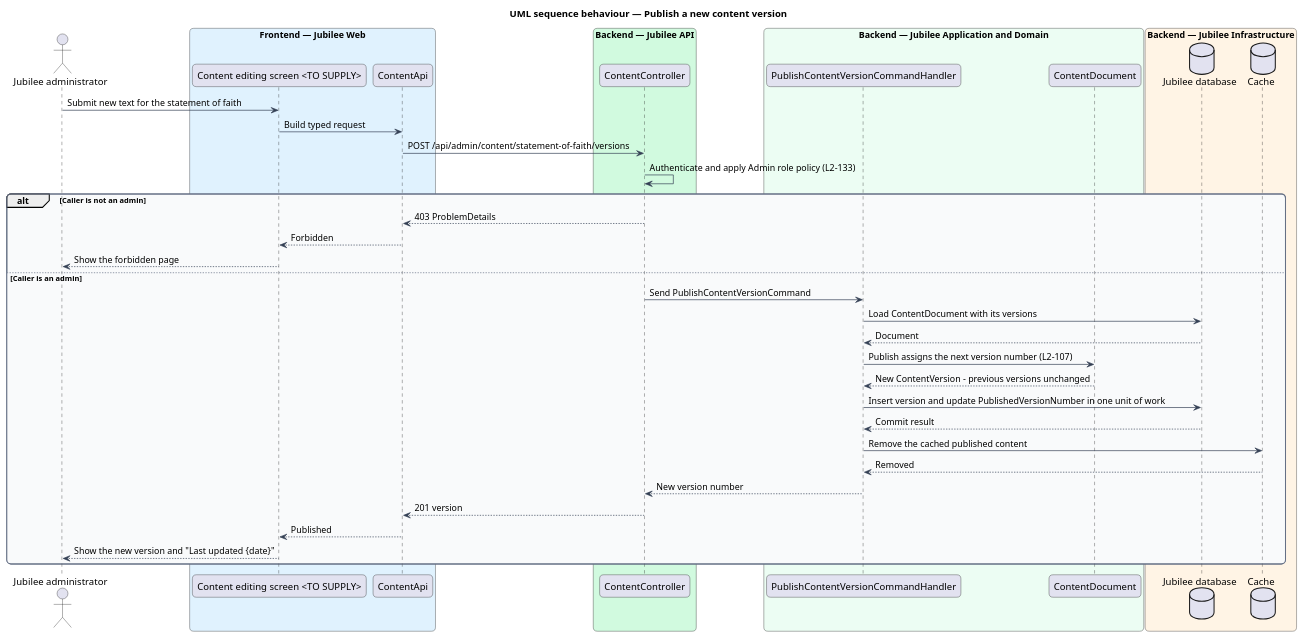
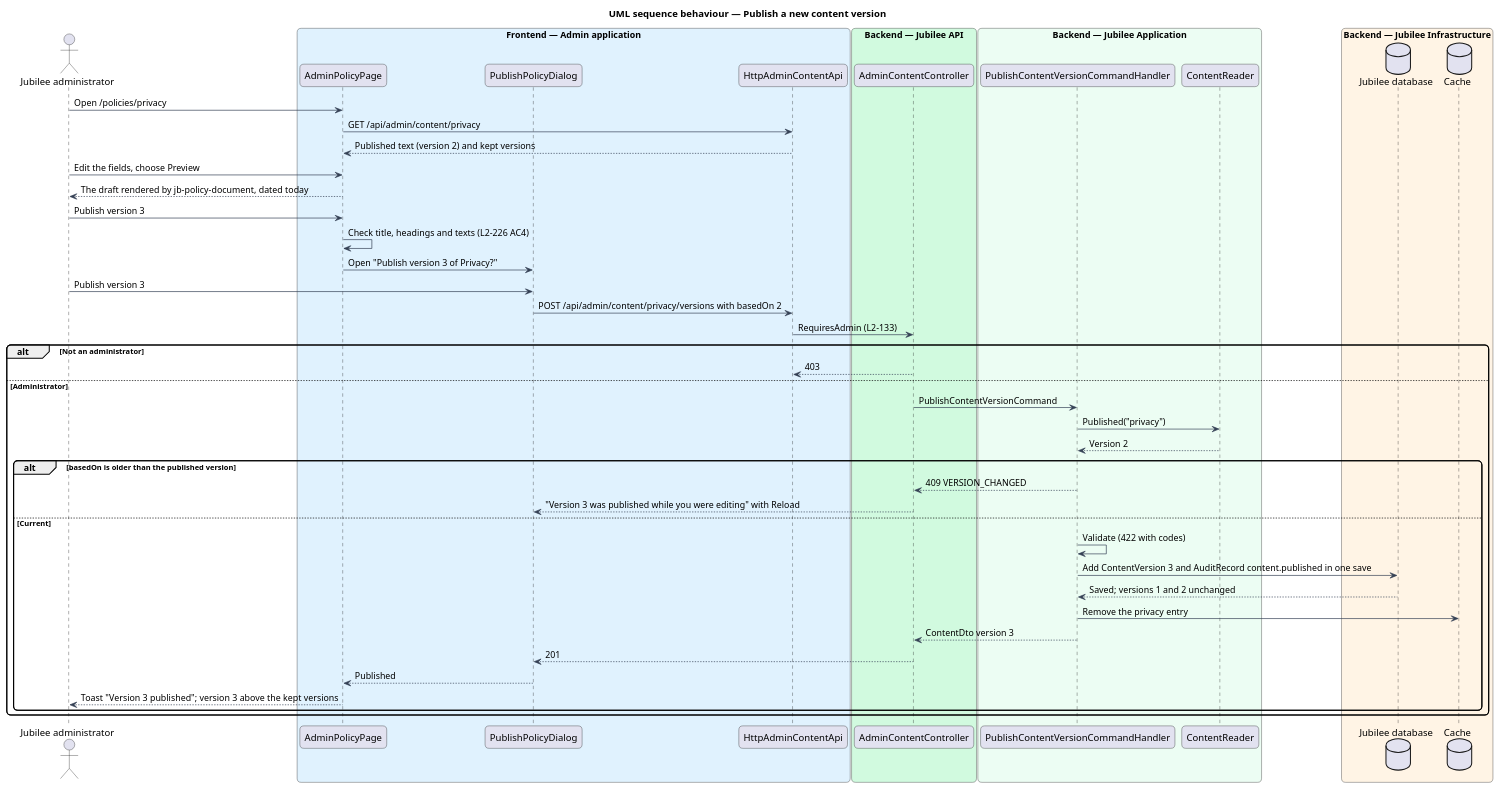
One commit to QuinntyneBrown/jubilee changed the diagram in docs/detailed-designs/trust-content/publish-policy-pages/diagrams/sequence-publish-version.puml. Above: the diagram before and after it, drawn with PlantUML. The commit also changed 18 other files, not shown here.

Commit message:
Journey 22: L2-226 (publish a policy version), ADR 0066 and the design as built

```diff
--- a/docs/detailed-designs/trust-content/publish-policy-pages/diagrams/sequence-publish-version.puml
+++ b/docs/detailed-designs/trust-content/publish-policy-pages/diagrams/sequence-publish-version.puml
@@ -1,56 +1,56 @@
 @startuml
 title UML sequence behaviour — Publish a new content version
 skinparam backgroundColor #FFFFFF
 skinparam shadowing false
 skinparam roundcorner 12
 skinparam defaultFontName Arial
 skinparam ArrowColor #344054
-skinparam rectangle {
-  BorderColor #344054
-  FontColor #101828
-}
-skinparam package {
-  BorderColor #667085
-  FontColor #101828
-  BackgroundColor #F9FAFB
-}
 actor "Jubilee administrator" as actor
-box "Frontend — Jubilee Web" #E0F2FE
-  participant "Content editing screen <TO SUPPLY>" as page
-  participant "ContentApi" as client
+box "Frontend — Admin application" #E0F2FE
+  participant "AdminPolicyPage" as page
+  participant "PublishPolicyDialog" as dialog
+  participant "HttpAdminContentApi" as client
 end box
 box "Backend — Jubilee API" #D1FADF
-  participant "ContentController" as controller
+  participant "AdminContentController" as controller
 end box
-box "Backend — Jubilee Application and Domain" #ECFDF3
+box "Backend — Jubilee Application" #ECFDF3
   participant "PublishContentVersionCommandHandler" as handler
-  participant "ContentDocument" as entity
+  participant "ContentReader" as reader
 end box
 box "Backend — Jubilee Infrastructure" #FFF4E5
   database "Jubilee database" as db
   database "Cache" as cache
 end box
-actor -> page : Submit new text for the statement of faith
-page -> client : Build typed request
-client -> controller : POST /api/admin/content/statement-of-faith/versions
-controller -> controller : Authenticate and apply Admin role policy (L2-133)
-alt Caller is not an admin
-  controller --> client : 403 ProblemDetails
-  client --> page : Forbidden
-  page --> actor : Show the forbidden page
-else Caller is an admin
-  controller -> handler : Send PublishContentVersionCommand
-  handler -> db : Load ContentDocument with its versions
-  db --> handler : Document
-  handler -> entity : Publish assigns the next version number (L2-107)
-  entity --> handler : New ContentVersion - previous versions unchanged
-  handler -> db : Insert version and update PublishedVersionNumber in one unit of work
-  db --> handler : Commit result
-  handler -> cache : Remove the cached published content
-  cache --> handler : Removed
-  handler --> controller : New version number
-  controller --> client : 201 version
-  client --> page : Published
-  page --> actor : Show the new version and "Last updated {date}"
+actor -> page : Open /policies/privacy
+page -> client : GET /api/admin/content/privacy
+client --> page : Published text (version 2) and kept versions
+actor -> page : Edit the fields, choose Preview
+page --> actor : The draft rendered by jb-policy-document, dated today
+actor -> page : Publish version 3
+page -> page : Check title, headings and texts (L2-226 AC4)
+page -> dialog : Open "Publish version 3 of Privacy?"
+actor -> dialog : Publish version 3
+dialog -> client : POST /api/admin/content/privacy/versions with basedOn 2
+client -> controller : RequiresAdmin (L2-133)
+alt Not an administrator
+  controller --> client : 403
+else Administrator
+  controller -> handler : PublishContentVersionCommand
+  handler -> reader : Published("privacy")
+  reader --> handler : Version 2
+  alt basedOn is older than the published version
+    handler --> controller : 409 VERSION_CHANGED
+    controller --> dialog : "Version 3 was published while you were editing" with Reload
+  else Current
+    handler -> handler : Validate (422 with codes)
+    handler -> db : Add ContentVersion 3 and AuditRecord content.published in one save
+    db --> handler : Saved; versions 1 and 2 unchanged
+    handler -> cache : Remove the privacy entry
+    handler --> controller : ContentDto version 3
+    controller --> dialog : 201
+    dialog --> page : Published
+    page --> actor : Toast "Version 3 published"; version 3 above the kept versions
+  end
 end
 @enduml
```
